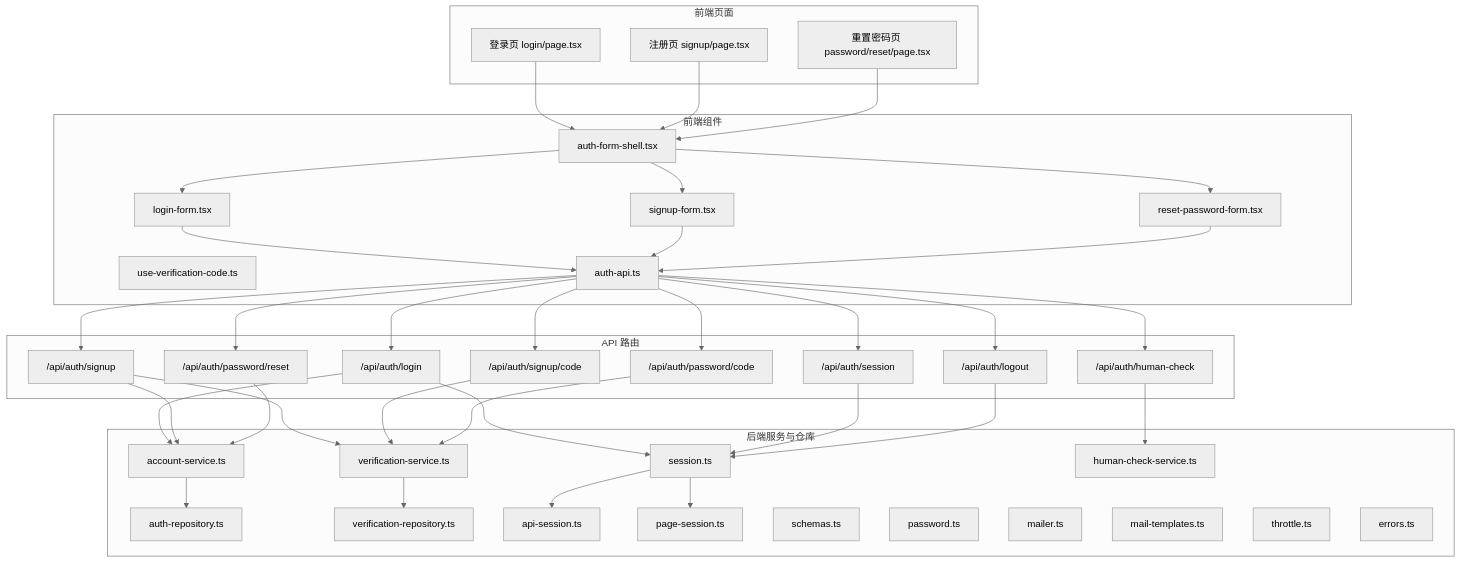
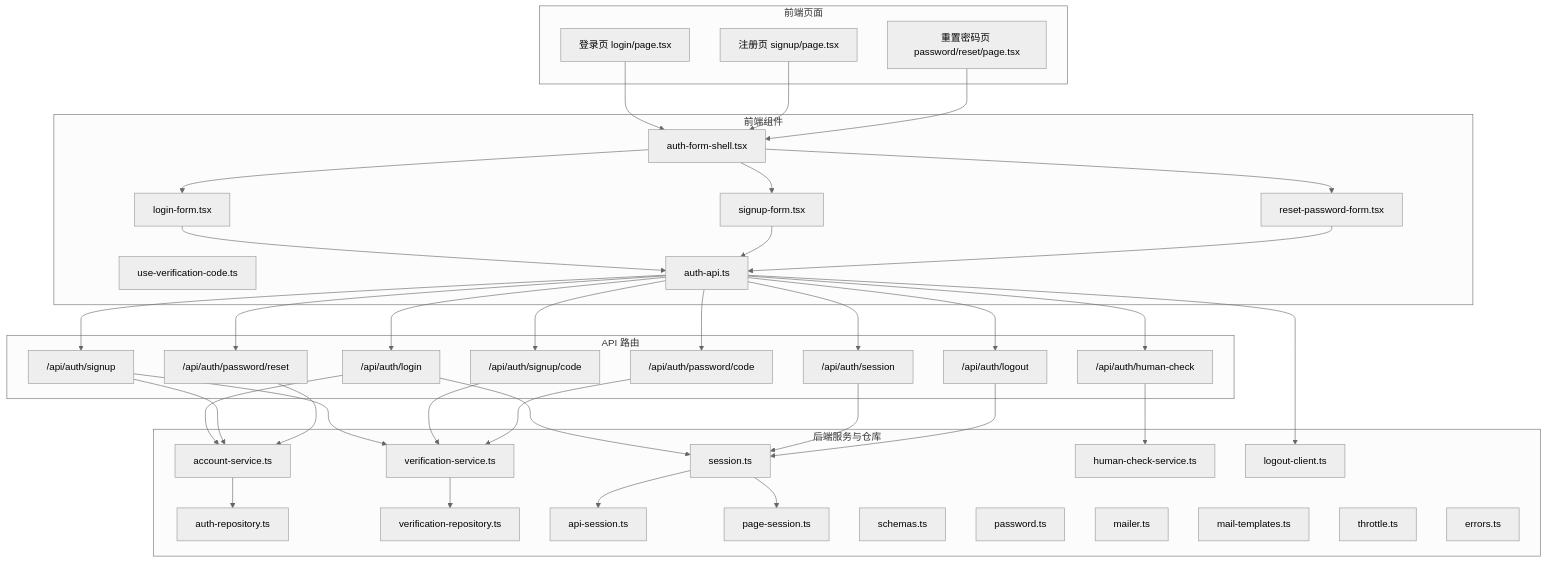
One commit to scottcwy/PurpleInk changed the first of 10 diagrams in .qoder/repowiki/zh/content/认证系统/用户认证.md. Above: the diagram before and after it, drawn with Mermaid (neutral theme). The commit also changed other lines of this file and 109 other files, not shown here.

````diff
--- a/.qoder/repowiki/zh/content/认证系统/用户认证.md
+++ b/.qoder/repowiki/zh/content/认证系统/用户认证.md
@@ -73,73 +83,75 @@
 ```mermaid
 graph TB
 subgraph "前端页面"
 A["登录页 login/page.tsx"]
 B["注册页 signup/page.tsx"]
 C["重置密码页 password/reset/page.tsx"]
 end
 subgraph "前端组件"
 D["auth-form-shell.tsx"]
 E["login-form.tsx"]
 F["signup-form.tsx"]
 G["reset-password-form.tsx"]
 H["use-verification-code.ts"]
 I["auth-api.ts"]
 end
 subgraph "API 路由"
 J["/api/auth/login"]
 K["/api/auth/signup"]
 L["/api/auth/signup/code"]
 M["/api/auth/password/code"]
 N["/api/auth/password/reset"]
 O["/api/auth/session"]
 P["/api/auth/logout"]
 Q["/api/auth/human-check"]
 end
 subgraph "后端服务与仓库"
 R["account-service.ts"]
 S["verification-service.ts"]
 T["auth-repository.ts"]
 U["verification-repository.ts"]
 V["session.ts"]
 W["api-session.ts"]
 X["page-session.ts"]
 Y["schemas.ts"]
 Z["password.ts"]
 AA["mailer.ts"]
 AB["mail-templates.ts"]
 AC["human-check-service.ts"]
 AD["throttle.ts"]
 AE["errors.ts"]
+AF["logout-client.ts"]
 end
 A --> D
 B --> D
 C --> D
 D --> E
 D --> F
 D --> G
 E --> I
 F --> I
 G --> I
 I --> J
 I --> K
 I --> L
 I --> M
 I --> N
 I --> O
 I --> P
 I --> Q
 J --> R
 J --> V
 K --> R
 K --> S
 L --> S
 M --> S
 N --> R
 O --> V
 P --> V
 Q --> AC
 S --> U
 R --> T
 V --> W
 V --> X
+I --> AF
 ```
````
